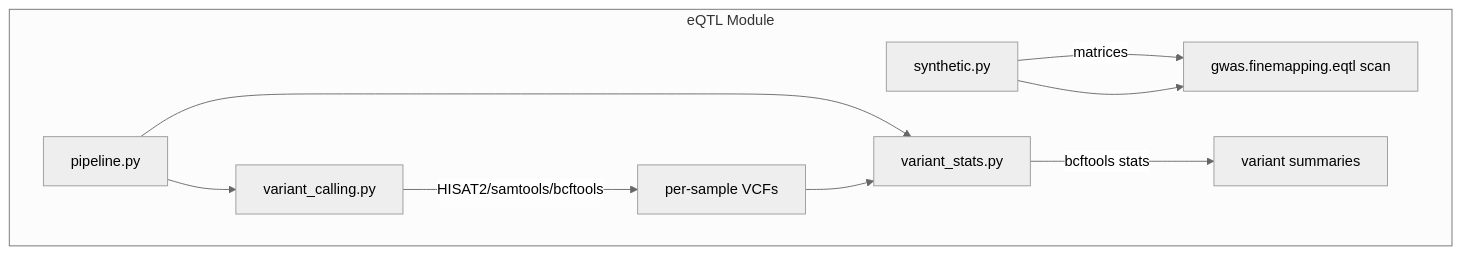
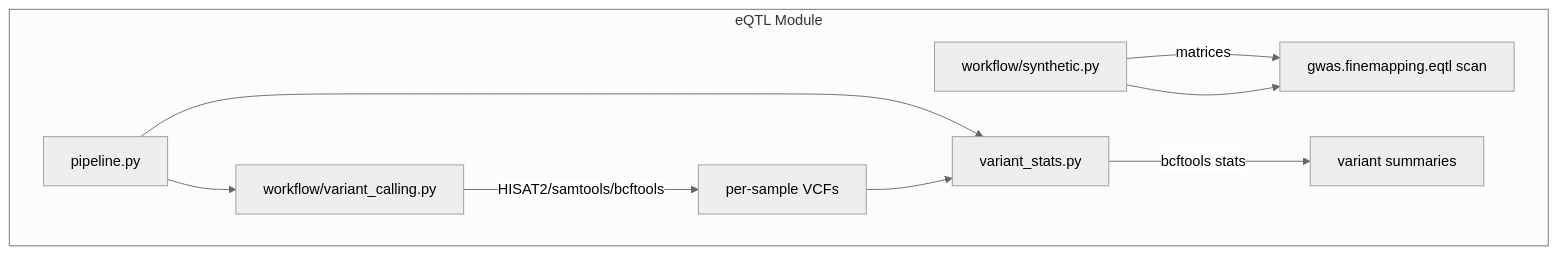
Before and after one commit to docxology/MetaInformAnt: the diagram in src/metainformant/eqtl/README.md, drawn with Mermaid (neutral theme). The commit also changed other lines of this file and 50 other files, not shown here.

````diff
--- a/src/metainformant/eqtl/README.md
+++ b/src/metainformant/eqtl/README.md
@@ -20,13 +20,13 @@
 ```mermaid
 graph TD
     subgraph "eQTL Module"
-        SYN[synthetic.py] --> |matrices| SCAN[gwas.finemapping.eqtl scan]
-        VC[variant_calling.py] --> |HISAT2/samtools/bcftools| VCF[per-sample VCFs]
+        SYN[workflow/synthetic.py] --> |matrices| SCAN[gwas.finemapping.eqtl scan]
+        VC[workflow/variant_calling.py] --> |HISAT2/samtools/bcftools| VCF[per-sample VCFs]
         VS[variant_stats.py] --> |bcftools stats| SUM[variant summaries]
         PL[pipeline.py] --> VC
         PL --> VS
     end
 
     SYN --> SCAN
     VCF --> VS
 ```
````
